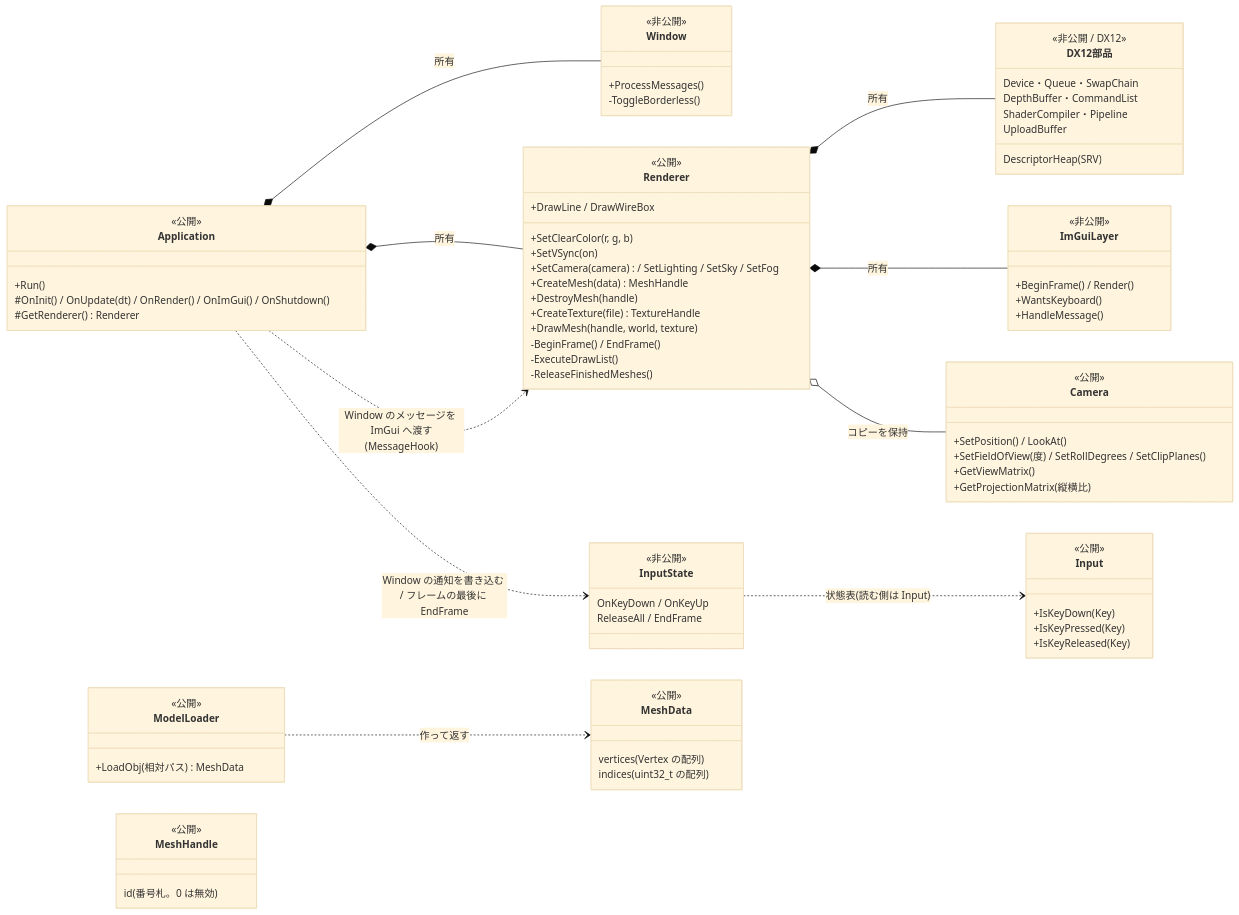
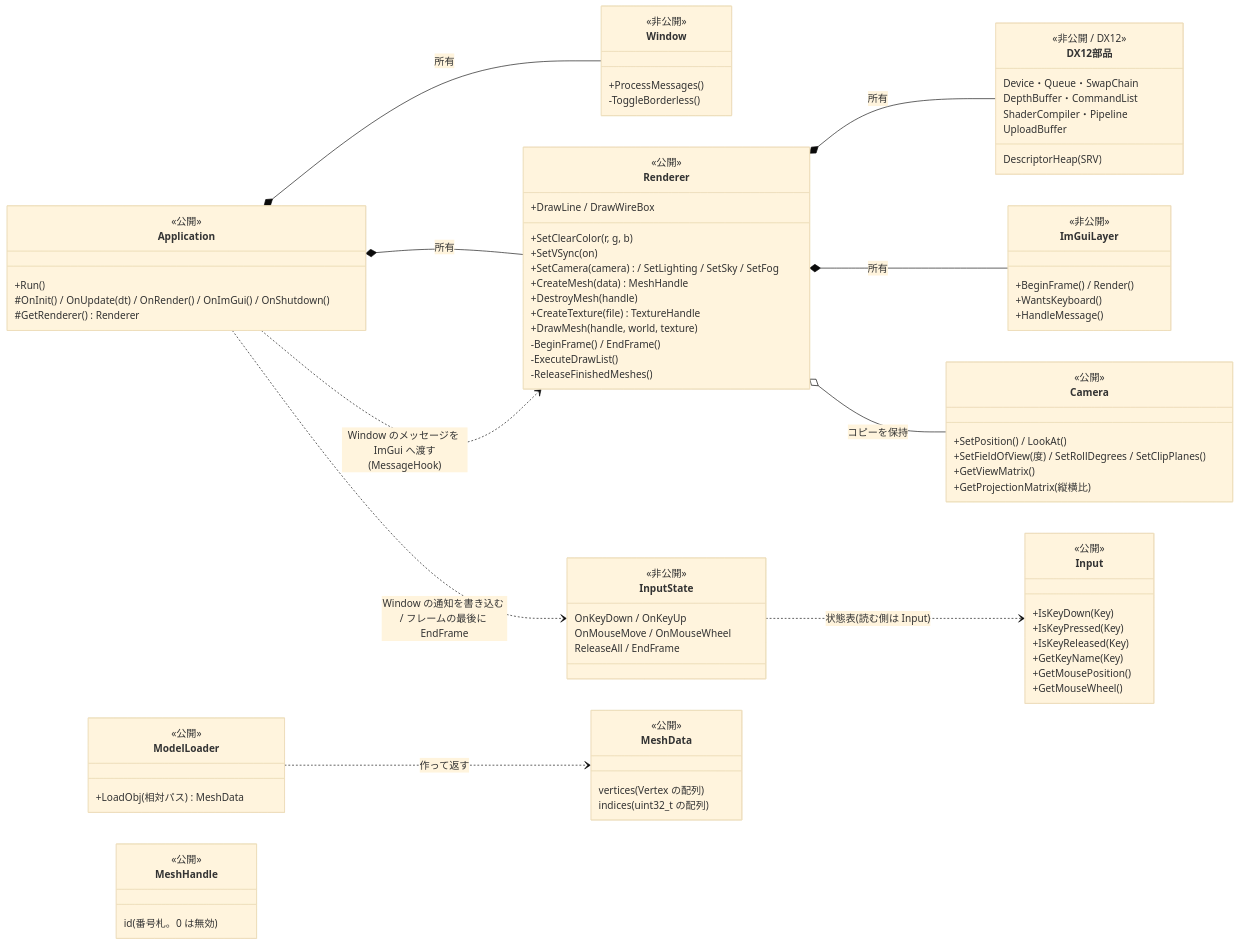
One commit to KRKRKRKRKRKRKRKRKRKR/KREngine changed the first of 2 diagrams in docs/Structure.md. Above: the diagram before and after it, drawn with Mermaid (base theme). The commit also changed other lines of this file and 16 other files, not shown here.

```diff
--- a/docs/Structure.md
+++ b/docs/Structure.md
@@ -94,10 +94,14 @@
         +IsKeyDown(Key)
         +IsKeyPressed(Key)
         +IsKeyReleased(Key)
+        +GetKeyName(Key)
+        +GetMousePosition()
+        +GetMouseWheel()
     }
     class InputState {
         <<非公開>>
         OnKeyDown / OnKeyUp
+        OnMouseMove / OnMouseWheel
         ReleaseAll / EndFrame
     }
     class Renderer {
```
